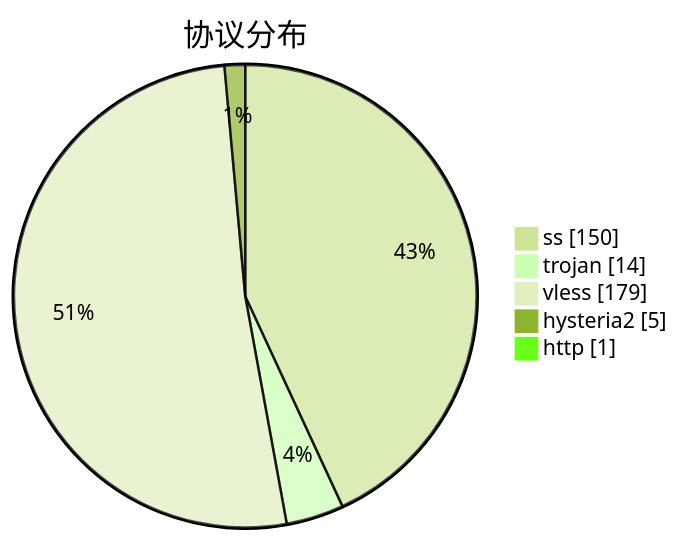
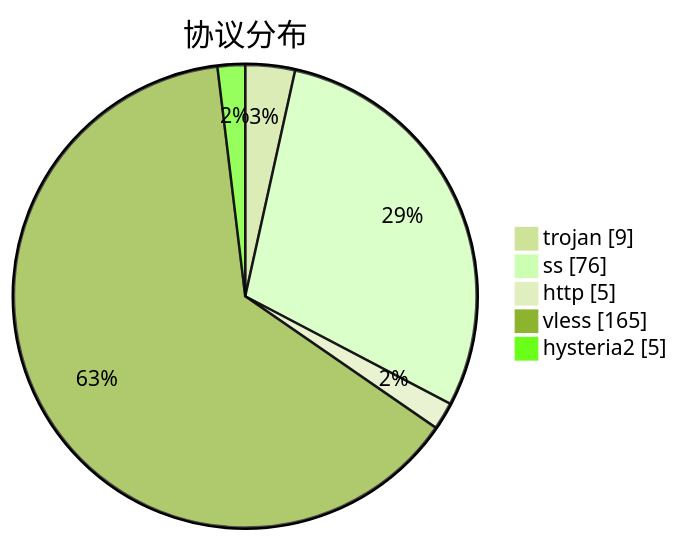
Before and after one commit to qjlxg/airport: the third of 3 diagrams in subs/statistics/tested_within.md, drawn with Mermaid (forest theme). The commit also changed other lines of this file and 2 other files, not shown here.

````diff
--- a/subs/statistics/tested_within.md
+++ b/subs/statistics/tested_within.md
@@ -17,9 +18,9 @@
 ```mermaid
 pie showData
 title 协议分布
-"ss" : 150
-"trojan" : 14
-"vless" : 179
+"trojan" : 9
+"ss" : 76
+"http" : 5
+"vless" : 165
 "hysteria2" : 5
-"http" : 1
 ```
````
